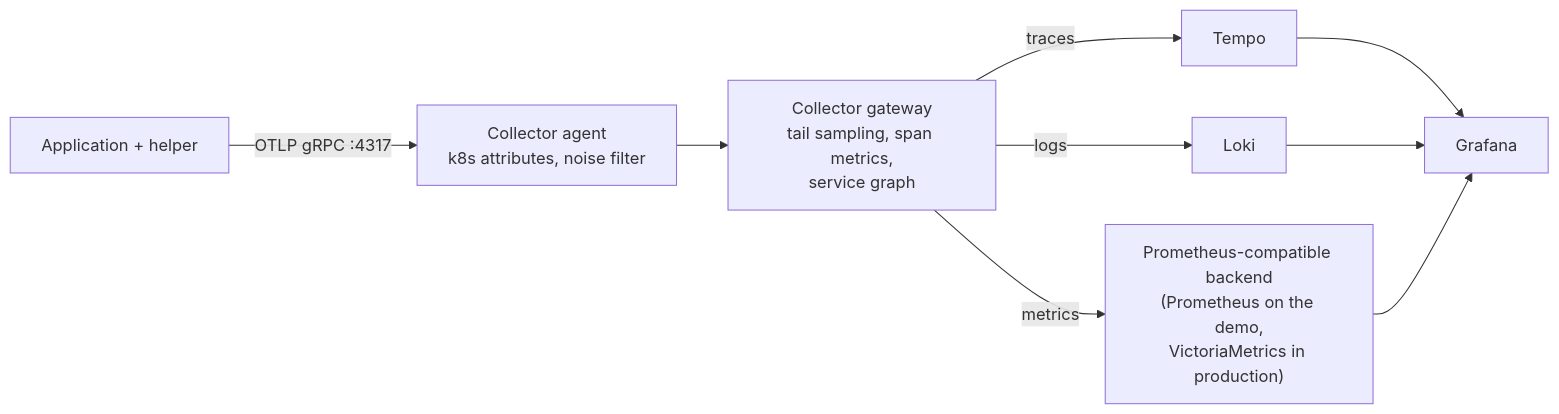
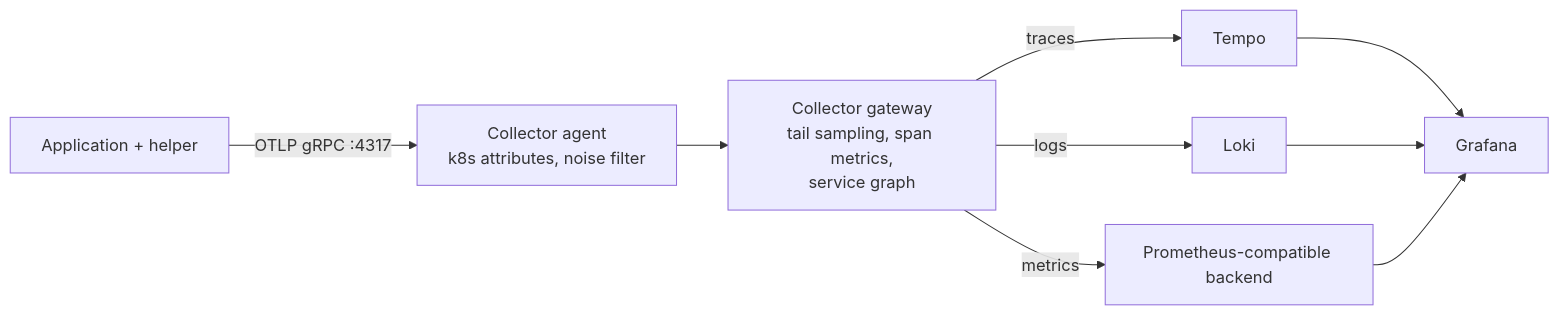
The diagram in docs/site/observe/overview.md (StaffOps/otel-libs), drawn with Mermaid before and after one commit. The commit also changed 1 other file, not shown here.

Commit message:
docs(all): drop the backend parenthetical from the pipeline diagram and metrics page

````diff
--- a/docs/site/observe/overview.md
+++ b/docs/site/observe/overview.md
@@ -13,11 +13,11 @@
 ```mermaid
 flowchart LR
   app["Application + helper"] -- "OTLP gRPC :4317" --> agent["Collector agent<br/>k8s attributes, noise filter"]
   agent --> gw["Collector gateway<br/>tail sampling, span metrics,<br/>service graph"]
   gw -- traces --> tempo["Tempo"]
   gw -- logs --> loki["Loki"]
-  gw -- metrics --> prom["Prometheus-compatible backend<br/>(Prometheus on the demo,<br/>VictoriaMetrics in production)"]
+  gw -- metrics --> prom["Prometheus-compatible backend"]
   tempo --> grafana["Grafana"]
   loki --> grafana
   prom --> grafana
 ```
````
